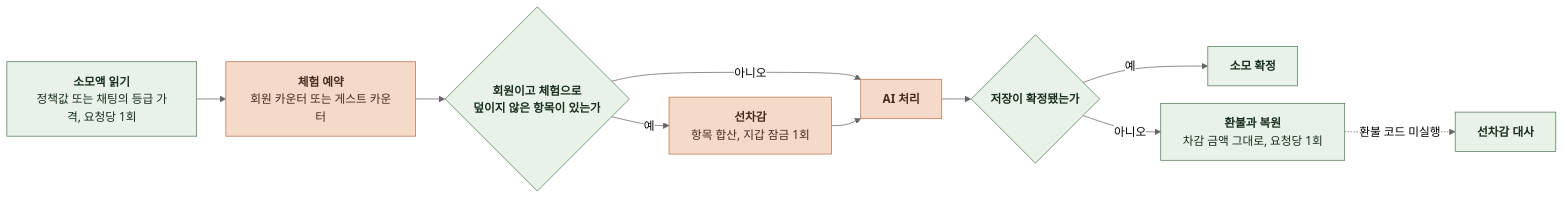
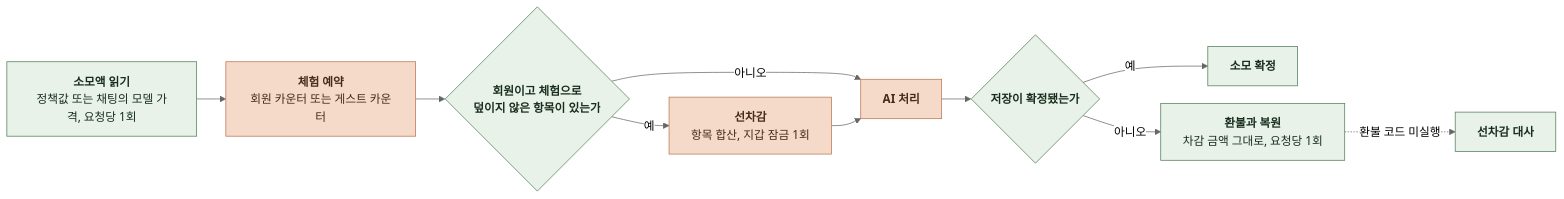
One commit to KIM-N-KANG/knk-harness changed the fourth of 14 diagrams in docs/domain/PAYMENT/BACKEND/4-1-PIPELINES.md. Above: the diagram before and after it, drawn with Mermaid (neutral theme). The commit also changed other lines of this file and 24 other files, not shown here.

````diff
--- a/docs/domain/PAYMENT/BACKEND/4-1-PIPELINES.md
+++ b/docs/domain/PAYMENT/BACKEND/4-1-PIPELINES.md
@@ -132,22 +132,22 @@
 ```mermaid
 %%{init: {"flowchart": {"curve": "basis", "nodeSpacing": 24, "rankSpacing": 40}}}%%
 flowchart LR
     A["`**소모액 읽기**
-정책값 또는 채팅의 등급 가격, 요청당 1회`"] --> B["`**체험 예약**
+정책값 또는 채팅의 모델 가격, 요청당 1회`"] --> B["`**체험 예약**
 회원 카운터 또는 게스트 카운터`"]
     B --> C{"`**회원이고 체험으로
 덮이지 않은 항목이 있는가**`"}
     C -->|예| D["`**선차감**
 항목 합산, 지갑 잠금 1회`"]
     C -->|아니오| E["`**AI 처리**`"]
     D --> E
     E --> F{"`**저장이 확정됐는가**`"}
     F -->|예| G["`**소모 확정**`"]
     F -->|아니오| H["`**환불과 복원**
 차감 금액 그대로, 요청당 1회`"]
     H -.->|환불 코드 미실행| I["`**선차감 대사**`"]
     classDef comp fill:#E8F2E8,stroke:#527A59,color:#182D1D
     classDef task fill:#F5D9C9,stroke:#B97450,color:#452B1D
     class A,C,F,G,H,I comp
     class B,D,E task
 ```
````
